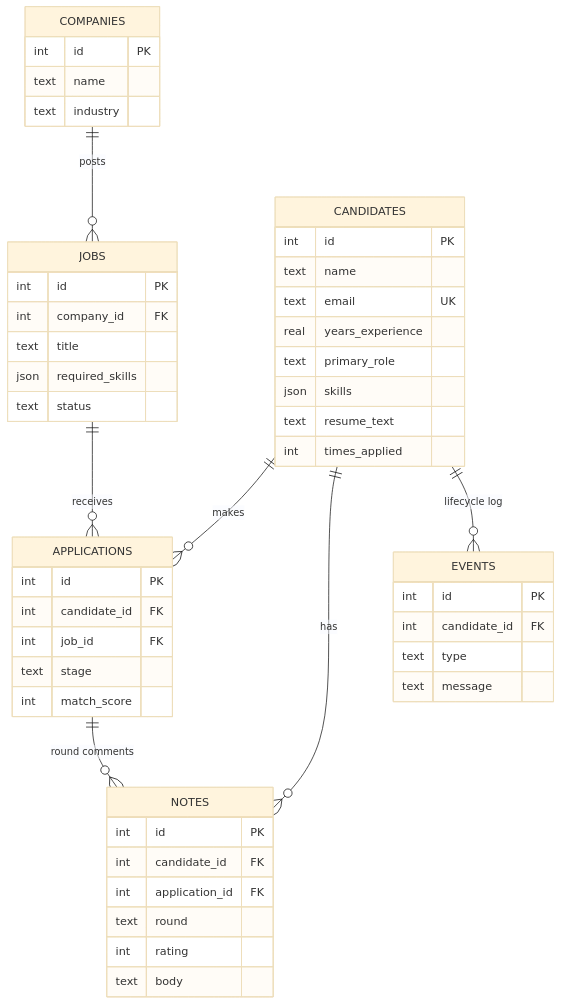
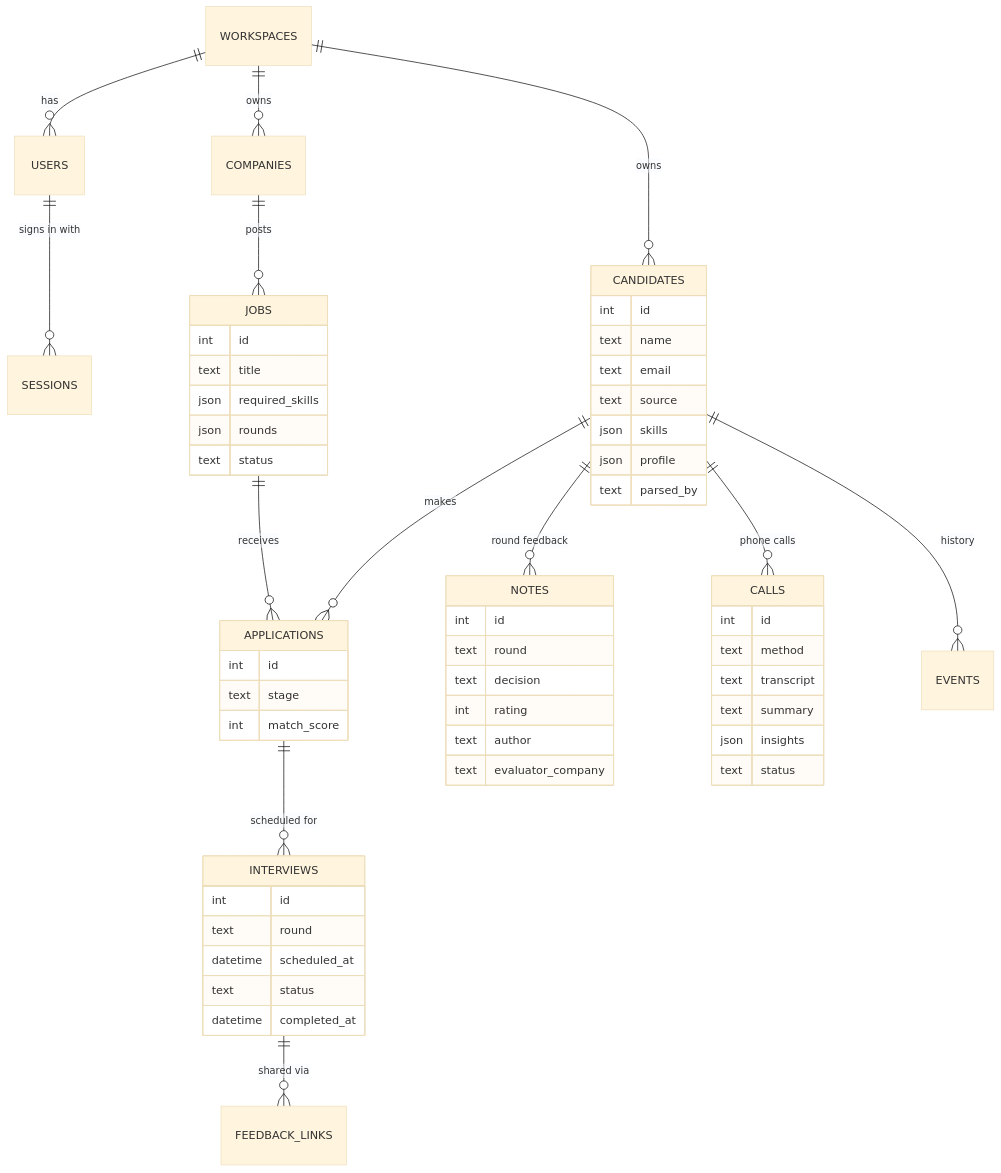
The third of 3 diagrams in README.md (Rohx24/T3-HR-Solutions), drawn with Mermaid (base theme) before and after one commit. The commit also changed other lines of this file and 1 other file, not shown here.

Commit message:
README: professional overview of features, screens, architecture, API, security and setup

````diff
--- a/README.md
+++ b/README.md
@@ -60,16 +117,22 @@
 ```mermaid
 erDiagram
+    WORKSPACES ||--o{ USERS : has
+    USERS ||--o{ SESSIONS : "signs in with"
+    WORKSPACES ||--o{ COMPANIES : owns
+    WORKSPACES ||--o{ CANDIDATES : owns
     COMPANIES ||--o{ JOBS : posts
     JOBS ||--o{ APPLICATIONS : receives
     CANDIDATES ||--o{ APPLICATIONS : makes
-    CANDIDATES ||--o{ NOTES : has
-    APPLICATIONS ||--o{ NOTES : "round comments"
-    CANDIDATES ||--o{ EVENTS : "lifecycle log"
+    APPLICATIONS ||--o{ INTERVIEWS : "scheduled for"
+    INTERVIEWS ||--o{ FEEDBACK_LINKS : "shared via"
+    CANDIDATES ||--o{ NOTES : "round feedback"
+    CANDIDATES ||--o{ CALLS : "phone calls"
+    CANDIDATES ||--o{ EVENTS : "history"
 
-    COMPANIES { int id PK  text name  text industry }
-    JOBS { int id PK  int company_id FK  text title  json required_skills  text status }
-    CANDIDATES { int id PK  text name  text email UK  real years_experience  text primary_role  json skills  text resume_text  int times_applied }
-    APPLICATIONS { int id PK  int candidate_id FK  int job_id FK  text stage  int match_score }
-    NOTES { int id PK  int candidate_id FK  int application_id FK  text round  int rating  text body }
-    EVENTS { int id PK  int candidate_id FK  text type  text message }
+    JOBS { int id  text title  json required_skills  json rounds  text status }
+    CANDIDATES { int id  text name  text email  text source  json skills  json profile  text parsed_by }
+    APPLICATIONS { int id  text stage  int match_score }
+    INTERVIEWS { int id  text round  datetime scheduled_at  text status  datetime completed_at }
+    NOTES { int id  text round  text decision  int rating  text author  text evaluator_company }
+    CALLS { int id  text method  text transcript  text summary  json insights  text status }
 ```
````
